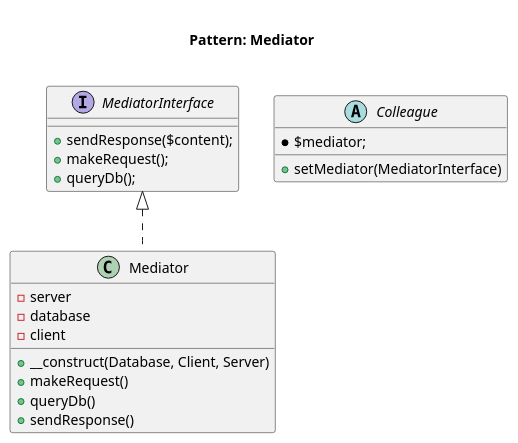
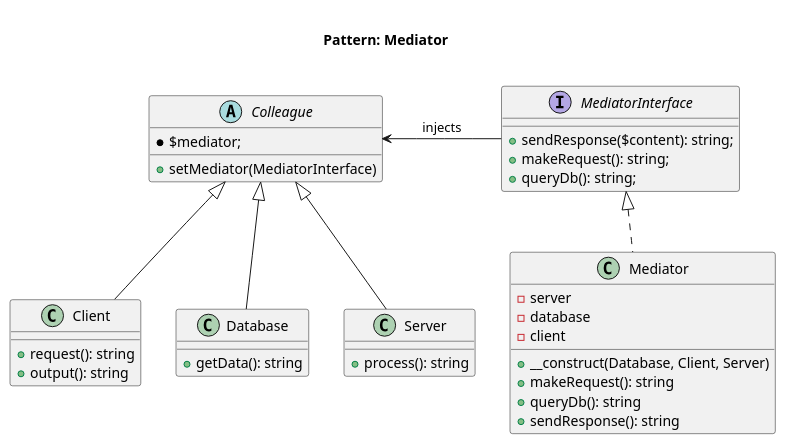
The diagram in patterns/behavioral/mediator/domnikl/diagram.pu (rosselli/design-patterns-implemented.concepts), drawn with PlantUML before and after one commit. The commit also changed 15 other files, not shown here.

```diff
--- a/patterns/behavioral/mediator/domnikl/diagram.pu
+++ b/patterns/behavioral/mediator/domnikl/diagram.pu
@@ -1,24 +1,40 @@
 @startuml
     Title <size:20>\nPattern: Mediator\n
 
     interface MediatorInterface {
-        + sendResponse($content);
-        + makeRequest();
-        + queryDb();
+        + sendResponse($content): string;
+        + makeRequest(): string;
+        + queryDb(): string;
     }
 
     abstract class Colleague {
         * $mediator;
         + setMediator(MediatorInterface)
     }
 
     class Mediator implements MediatorInterface {
         - server
         - database
         - client
         + __construct(Database, Client, Server)
-        + makeRequest()
-        + queryDb()
-        + sendResponse()
+        + makeRequest(): string
+        + queryDb(): string
+        + sendResponse(): string
     }
+
+	class Client extends Colleague {
+		+ request(): string
+		+ output(): string
+	}
+
+	class Database extends Colleague {
+		+ getData(): string
+	}
+
+	class Server extends Colleague {
+		+ process(): string
+	}
+
+	MediatorInterface -left-> Colleague: injects
+
 @enduml
```
